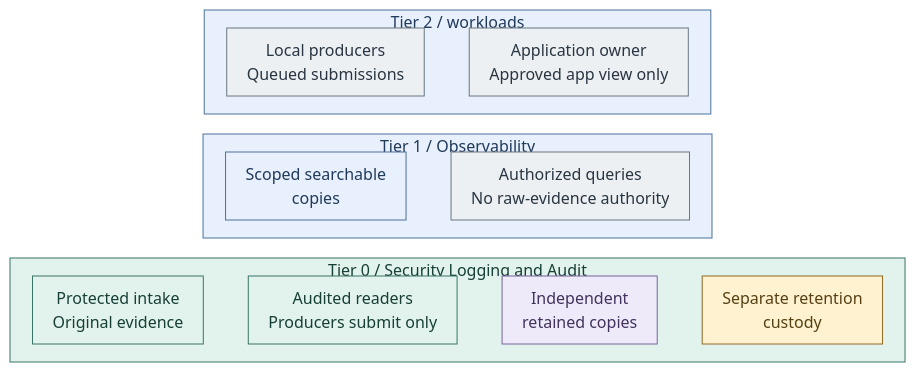
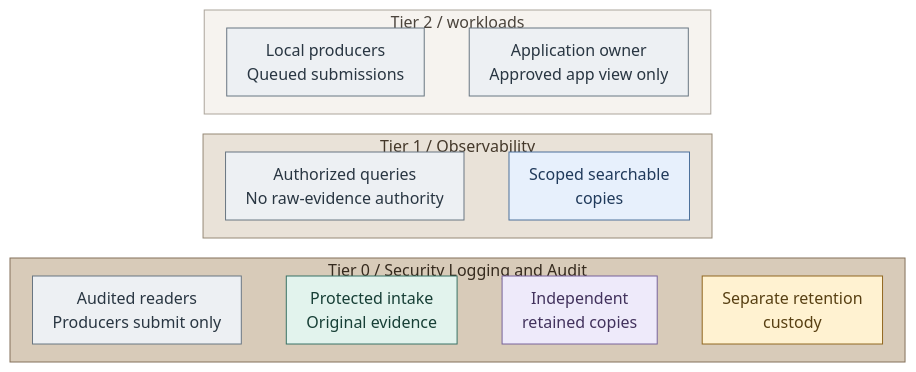
Before and after one commit to Rexus/homelab: the first of 2 diagrams in docs/01-architecture/11-operations/01-protected-logging.md, drawn with Mermaid. The commit also changed 108 other files, not shown here.

Commit message:
docs(diagrams): unify visual language and opening views

````diff
--- a/docs/01-architecture/11-operations/01-protected-logging.md
+++ b/docs/01-architecture/11-operations/01-protected-logging.md
@@ -25,38 +25,42 @@
 ```mermaid
 %%{init: {"theme":"base","flowchart":{"nodeSpacing":16,"rankSpacing":20,"padding":10},"themeVariables":{"lineColor":"#627581","edgeLabelBackground":"#f8fafc"}}}%%
 flowchart TB
   subgraph T2["Tier 2 / workloads"]
     direction LR
     Sources["Local producers<br/>Queued submissions"]
     Developer["Application owner<br/>Approved app view only"]
     Sources ~~~ Developer
   end
   subgraph T1["Tier 1 / Observability"]
     direction LR
     Search["Scoped searchable<br/>copies"]
     Query["Authorized queries<br/>No raw-evidence authority"]
-    Search ~~~ Query
+    Query ~~~ Search
   end
   subgraph T0["Tier 0 / Security Logging and Audit"]
     direction LR
     Logging["Protected intake<br/>Original evidence"]
     Readers["Audited readers<br/>Producers submit only"]
     Retention["Independent<br/>retained copies"]
     Custodians["Separate retention<br/>custody"]
-    Logging ~~~ Readers ~~~ Retention ~~~ Custodians
+    Readers ~~~ Logging ~~~ Retention ~~~ Custodians
   end
   T2 ~~~ T1 ~~~ T0
   classDef default fill:#f8fafc,stroke:#64748b,color:#1f2937
   classDef actor fill:#edf0f3,stroke:#697682,color:#293642
   classDef control fill:#e2f3ed,stroke:#397366,color:#173f36
   classDef data fill:#eeeafa,stroke:#78639b,color:#42325d
   classDef services fill:#e7f0fc,stroke:#4d719b,color:#203a5b
   classDef custody fill:#fff2d1,stroke:#926820,color:#584013
-  class T2,T1 services
-  class T0 control
-  class Sources,Developer,Query actor
-  class Logging,Readers control
+  class Sources,Developer,Query,Readers actor
+  class Logging control
   class Retention data
   class Custodians custody
   class Search services
+  classDef tier0 fill:#d8cbb9,stroke:#83715a,color:#352a1e
+  class T0 tier0
+  classDef tier1 fill:#e9e2d8,stroke:#968976,color:#44382a
+  class T1 tier1
+  classDef tier2 fill:#f6f3ef,stroke:#aca59b,color:#4b443c
+  class T2 tier2
 ```
````
